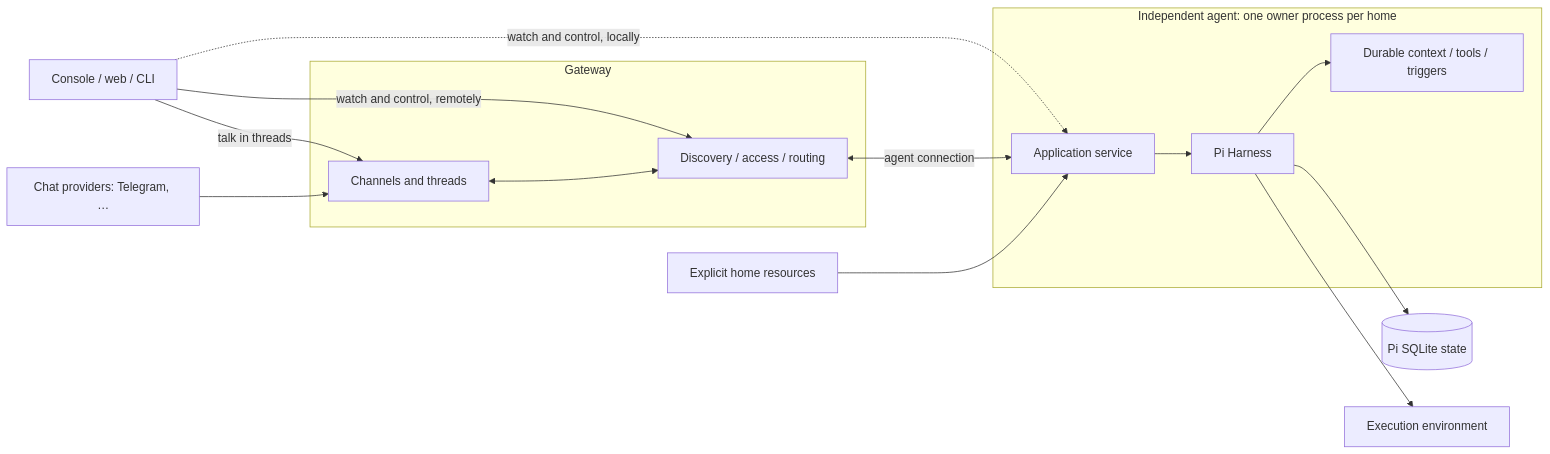
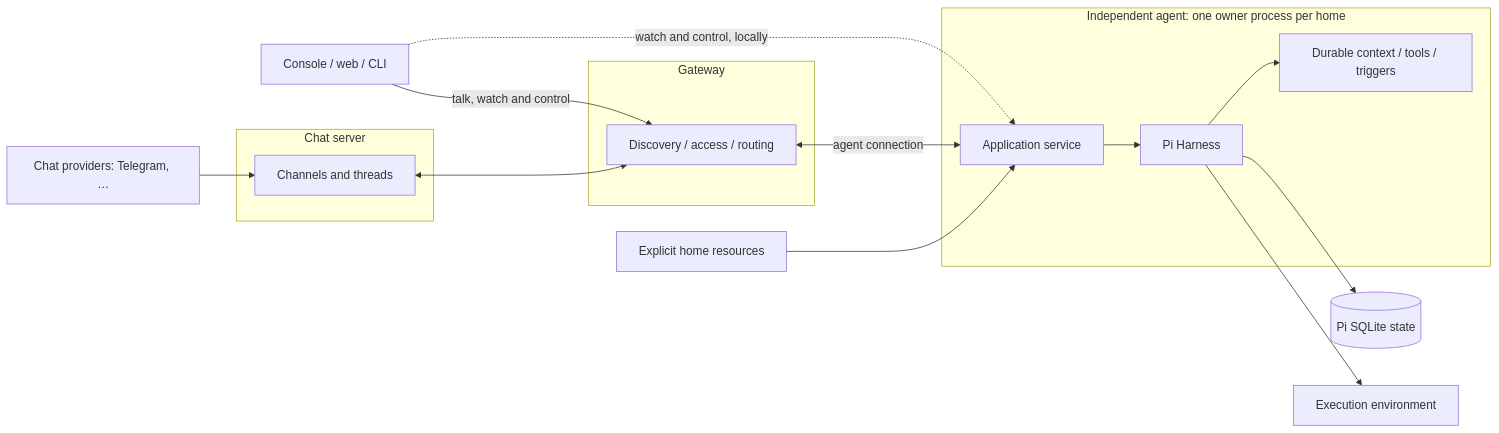
One commit to zachmeador/shrimpy changed the diagram in docs/REDESIGN/PLAN.md. Above: the diagram before and after it, drawn with Mermaid. The commit also changed other lines of this file, not shown here.

First line of the commit message:
docs: split out the chat server and add a spike phase

````diff
--- a/docs/REDESIGN/PLAN.md
+++ b/docs/REDESIGN/PLAN.md
@@ -193,20 +196,21 @@
 ```mermaid
 flowchart LR
     subgraph GW["Gateway"]
         Gateway["Discovery / access / routing"]
+    end
+    subgraph Chat["Chat server"]
         Channels["Channels and threads"]
     end
     subgraph Owner["Independent agent: one owner process per home"]
         Service["Application service"] --> Pi["Pi Harness"]
         Pi --> Extensions["Durable context / tools / triggers"]
     end
-    Clients["Console / web / CLI"] -->|"talk in threads"| Channels
-    Clients -->|"watch and control, remotely"| Gateway
+    Clients["Console / web / CLI"] -->|"talk, watch and control"| Gateway
     Clients -. "watch and control, locally" .-> Service
     Providers["Chat providers: Telegram, …"] --> Channels
     Channels <--> Gateway
     Gateway <-->|"agent connection"| Service
     Pi --> State[("Pi SQLite state")]
     Pi --> Environment["Execution environment"]
     Home["Explicit home resources"] --> Service
 ```
````
